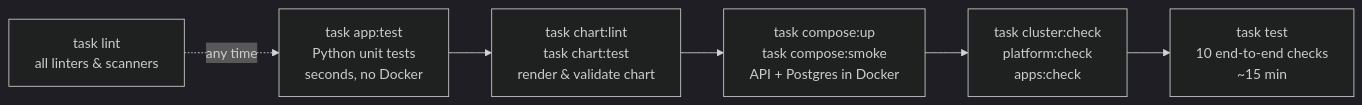
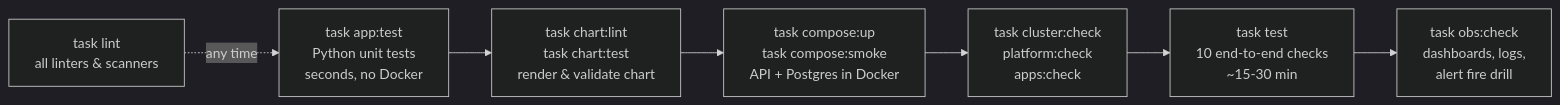
The sixth of 9 diagrams in docs/operator-guide.md (juanpaz90/AWS-Challenge), drawn with Mermaid (dark theme) before and after one commit. The commit also changed other lines of this file, not shown here.

````diff
--- a/docs/operator-guide.md
+++ b/docs/operator-guide.md
@@ -286,8 +494,9 @@
 ```mermaid
 flowchart LR
     a["task app:test<br/>Python unit tests<br/>seconds, no Docker"] --> b["task chart:lint<br/>task chart:test<br/>render & validate chart"]
     b --> c["task compose:up<br/>task compose:smoke<br/>API + Postgres in Docker"]
     c --> d["task cluster:check<br/>platform:check<br/>apps:check"]
-    d --> e["task test<br/>10 end-to-end checks<br/>~15 min"]
+    d --> e["task test<br/>10 end-to-end checks<br/>~15-30 min"]
+    e --> o["task obs:check<br/>dashboards, logs,<br/>alert fire drill"]
     f["task lint<br/>all linters & scanners"] -.any time.-> a
 ```
````
